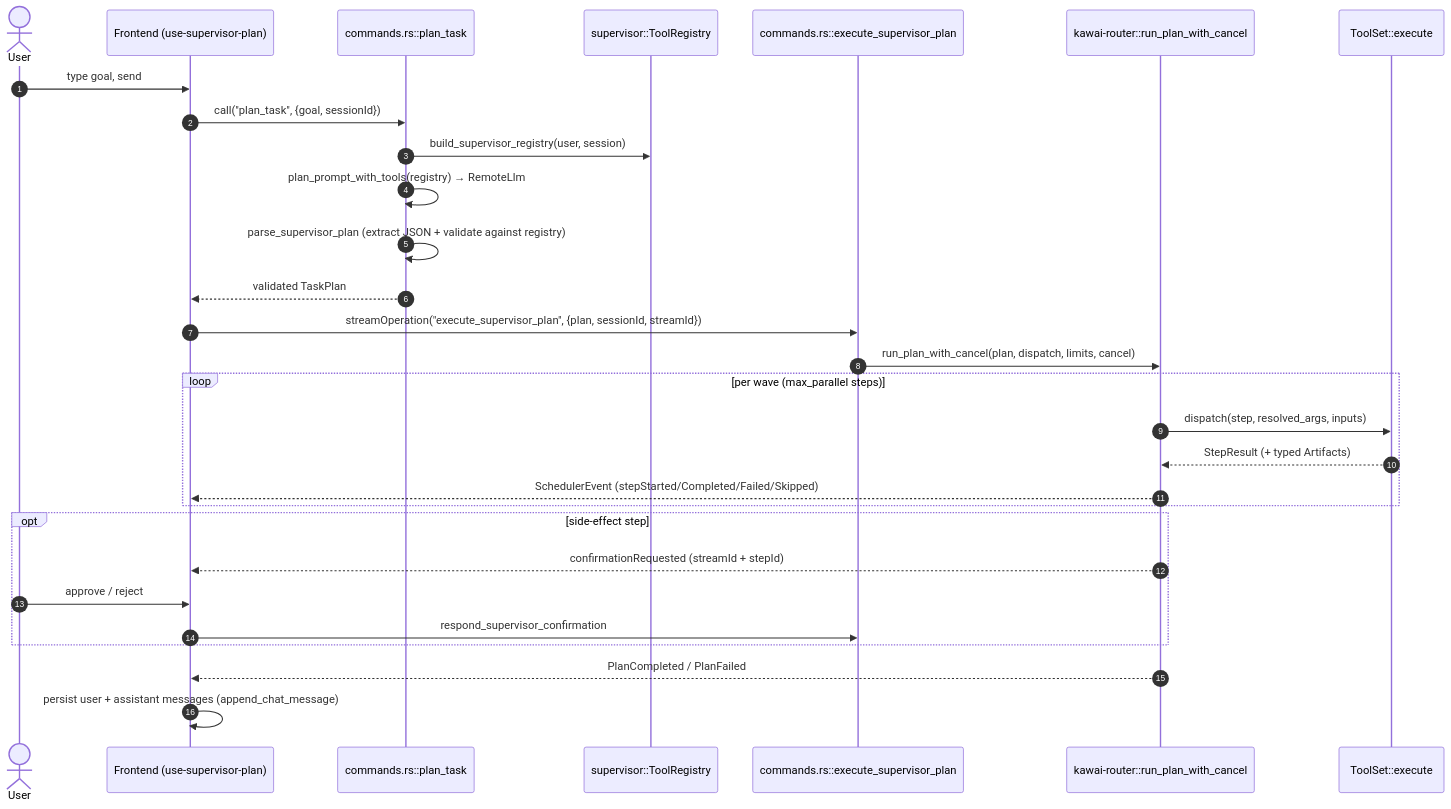
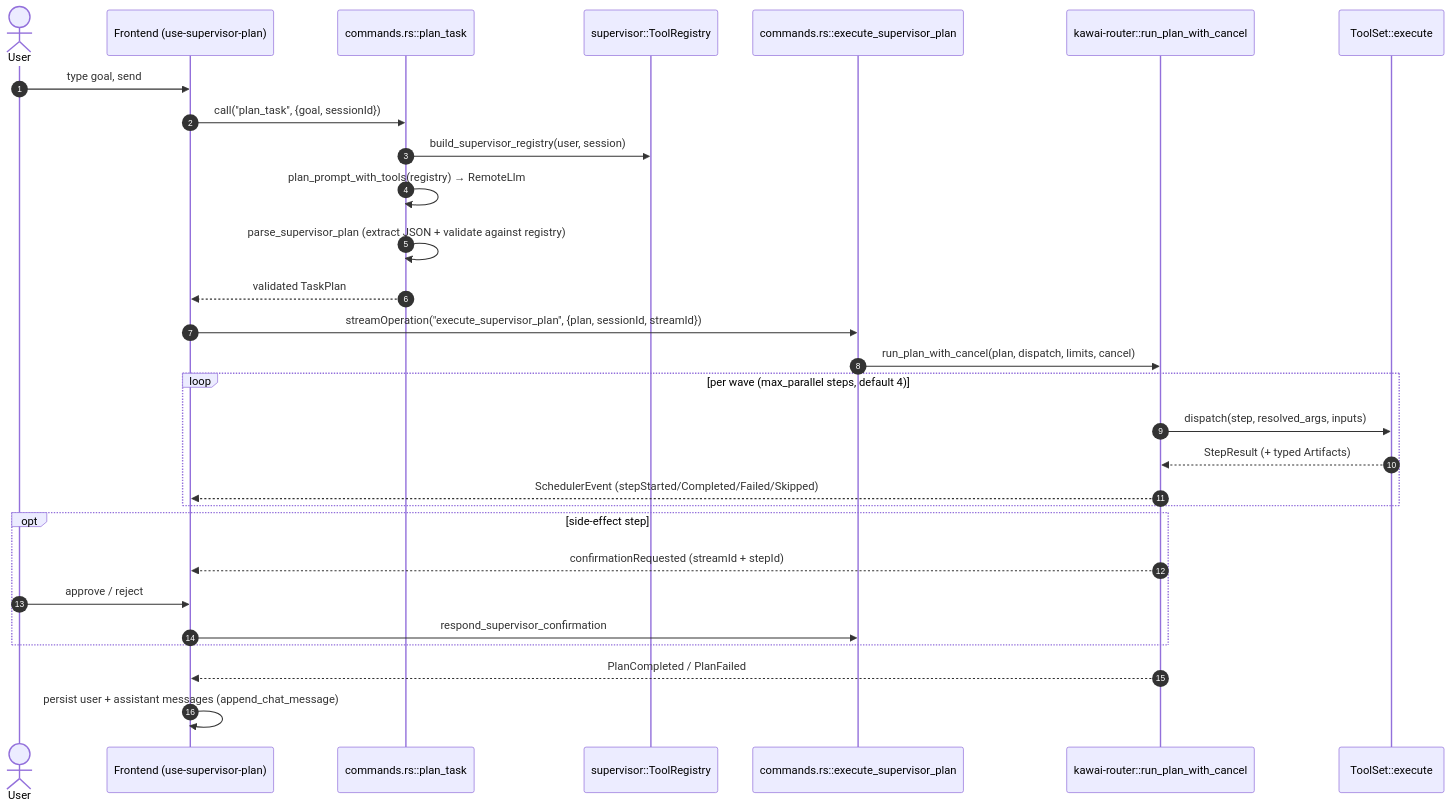
The diagram in ARCHITECTURE.md (yudaprama/kawai), drawn with Mermaid before and after one commit. The commit also changed other lines of this file and 2 other files, not shown here.

````diff
--- a/ARCHITECTURE.md
+++ b/ARCHITECTURE.md
@@ -50,32 +50,32 @@
 ```mermaid
 sequenceDiagram
     autonumber
     actor U as User
     participant FE as Frontend (use-supervisor-plan)
     participant PLAN as commands.rs::plan_task
     participant REG as supervisor::ToolRegistry
     participant EXEC as commands.rs::execute_supervisor_plan
     participant SCHED as kawai-router::run_plan_with_cancel
     participant TOOLS as ToolSet::execute
 
     U->>FE: type goal, send
     FE->>PLAN: call("plan_task", {goal, sessionId})
     PLAN->>REG: build_supervisor_registry(user, session)
     PLAN->>PLAN: plan_prompt_with_tools(registry) → RemoteLlm
     PLAN->>PLAN: parse_supervisor_plan (extract JSON + validate against registry)
     PLAN-->>FE: validated TaskPlan
     FE->>EXEC: streamOperation("execute_supervisor_plan", {plan, sessionId, streamId})
     EXEC->>SCHED: run_plan_with_cancel(plan, dispatch, limits, cancel)
-    loop per wave (max_parallel steps)
+    loop per wave (max_parallel steps, default 4)
         SCHED->>TOOLS: dispatch(step, resolved_args, inputs)
         TOOLS-->>SCHED: StepResult (+ typed Artifacts)
         SCHED-->>FE: SchedulerEvent (stepStarted/Completed/Failed/Skipped)
     end
     opt side-effect step
         SCHED-->>FE: confirmationRequested (streamId + stepId)
         U->>FE: approve / reject
         FE->>EXEC: respond_supervisor_confirmation
     end
     SCHED-->>FE: PlanCompleted / PlanFailed
     FE->>FE: persist user + assistant messages (append_chat_message)
 ```
````
